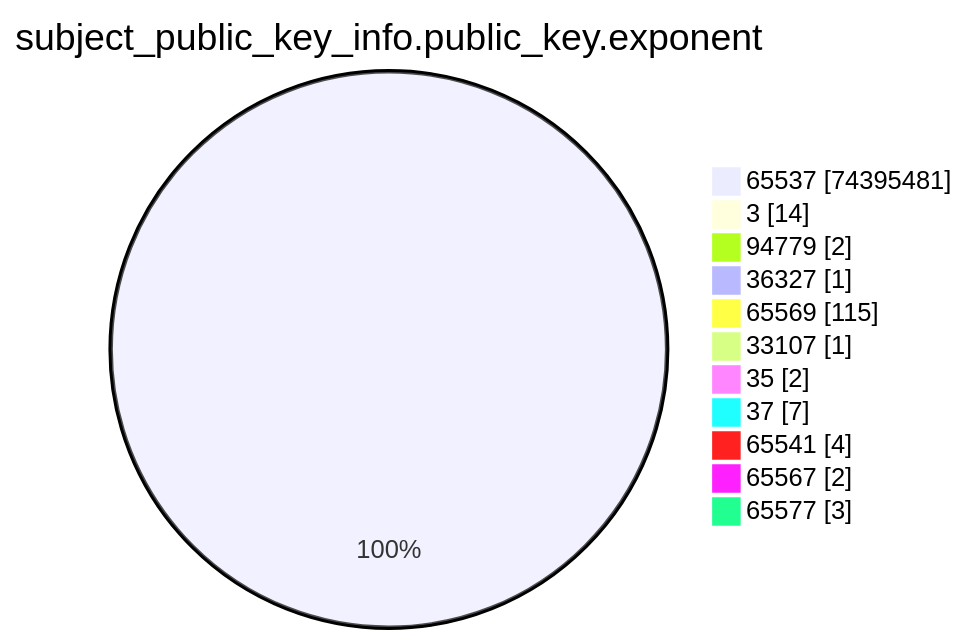
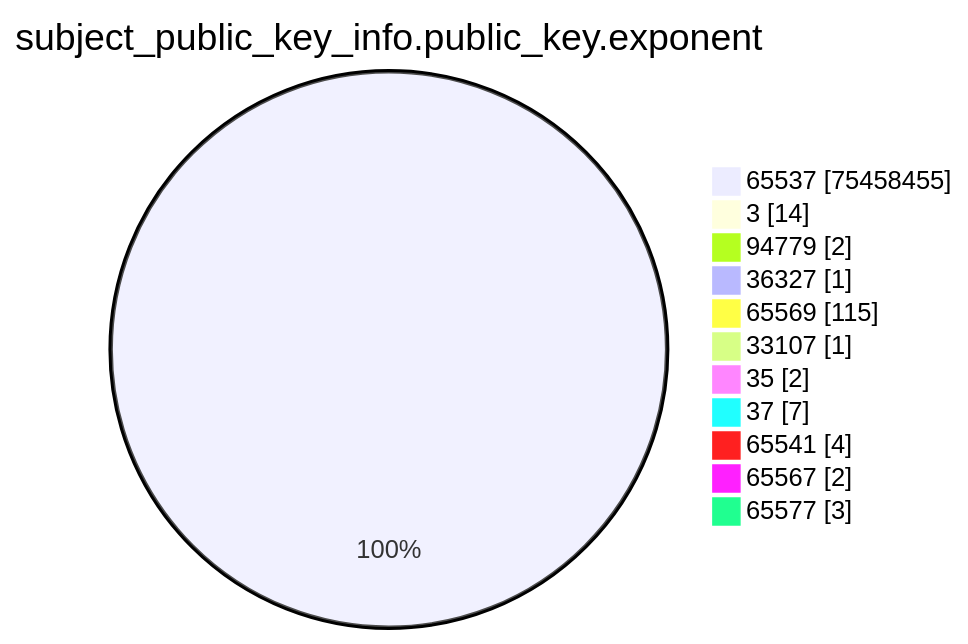
The fourth of 15 diagrams in xenon2023/README.md (christiankrug/ctmonitor_visualization), drawn with Mermaid before and after one commit. The commit also changed other lines of this file, not shown here.

````diff
--- a/xenon2023/README.md
+++ b/xenon2023/README.md
@@ -1225,15 +1226,15 @@
 ```mermaid
 pie showData
 title subject_public_key_info.public_key.exponent
-"65537" :74395481
+"65537" :75458455
 "3" :14
 "94779" :2
 "36327" :1
 "65569" :115
 "33107" :1
 "35" :2
 "37" :7
 "65541" :4
 "65567" :2
 "65577" :3
 ```
````
